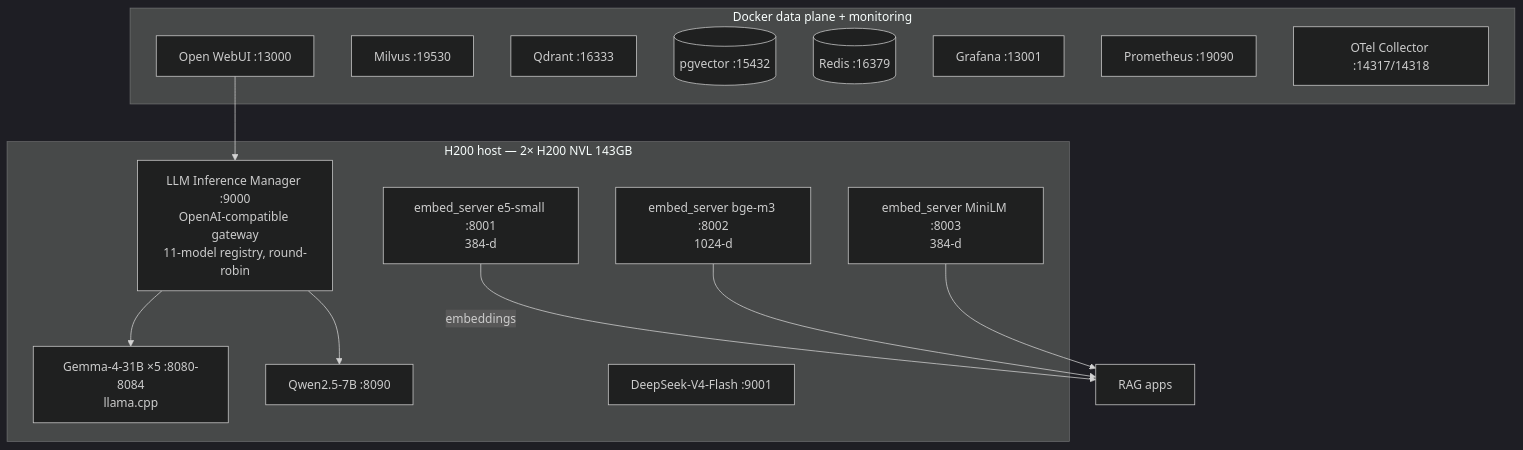
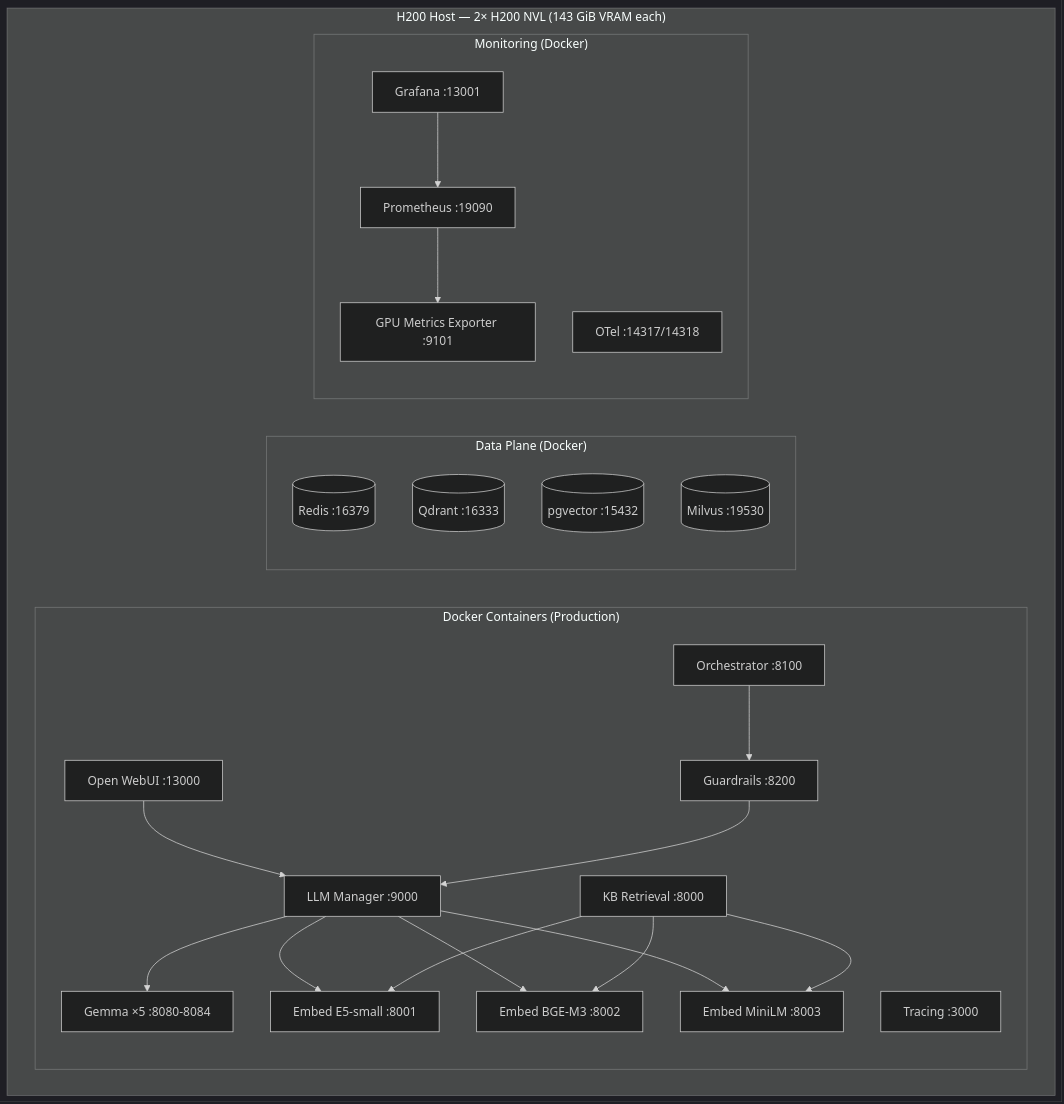
Before and after one commit to AliNikkhah2001/Work_RAG-Server-Setup: the diagram in README.md, drawn with Mermaid (dark theme). The commit also changed other lines of this file, not shown here.

Commit message:
docs: rewrite README with comprehensive DevOps, containerization, Jenkins CI/CD, Triton/TensorRT, monitoring details

````diff
--- a/README.md
+++ b/README.md
@@ -134,30 +54,42 @@
 ```mermaid
-flowchart TB
-    subgraph GPU[H200 host — 2× H200 NVL 143GB]
-        E1[embed_server e5-small :8001<br/>384-d]
-        E2[embed_server bge-m3 :8002<br/>1024-d]
-        E3[embed_server MiniLM :8003<br/>384-d]
-        G1[Gemma-4-31B ×5 :8080-8084<br/>llama.cpp]
-        QW[Qwen2.5-7B :8090]
-        MG[LLM Inference Manager :9000<br/>OpenAI-compatible gateway<br/>11-model registry, round-robin]
-        DS[DeepSeek-V4-Flash :9001]
-    end
-
-    subgraph CONTAINERS["Docker data plane + monitoring"]
-        WUI[Open WebUI :13000]
-        MIL[Milvus :19530]
-        QDR[Qdrant :16333]
-        PG[(pgvector :15432)]
-        RD[(Redis :16379)]
-        GRAF[Grafana :13001]
-        PROM[Prometheus :19090]
-        OTEL[OTel Collector :14317/14318]
+graph TB
+    subgraph HOST["H200 Host — 2× H200 NVL (143 GiB VRAM each)"]
+        subgraph CONTAINERS["Docker Containers (Production)"]
+            KB[KB Retrieval :8000]
+            GUARD[Guardrails :8200]
+            ORCH[Orchestrator :8100]
+            TRACE[Tracing :3000]
+            MG[LLM Manager :9000]
+            G1[Gemma ×5 :8080-8084]
+            EMB1[Embed E5-small :8001]
+            EMB2[Embed BGE-M3 :8002]
+            EMB3[Embed MiniLM :8003]
+            WUI[Open WebUI :13000]
+        end
+        subgraph DATA["Data Plane (Docker)"]
+            REDIS[(Redis :16379)]
+            QDR[(Qdrant :16333)]
+            PG[(pgvector :15432)]
+            MIL[(Milvus :19530)]
+        end
+        subgraph MON["Monitoring (Docker)"]
+            PROM[Prometheus :19090]
+            GRAF[Grafana :13001]
+            OTEL[OTel :14317/14318]
+            GPU_EXP[GPU Metrics Exporter :9101]
+        end
     end
 
     MG --> G1
-    MG --> QW
+    MG --> EMB1
+    MG --> EMB2
+    MG --> EMB3
     WUI --> MG
-    E1 -->|"embeddings"| RAGAPP[RAG apps]
-    E2 --> RAGAPP
-    E3 --> RAGAPP
+    ORCH --> GUARD
+    GUARD --> MG
+    KB --> EMB1
+    KB --> EMB2
+    KB --> EMB3
+    GRAF --> PROM
+    PROM --> GPU_EXP
 ```
````
